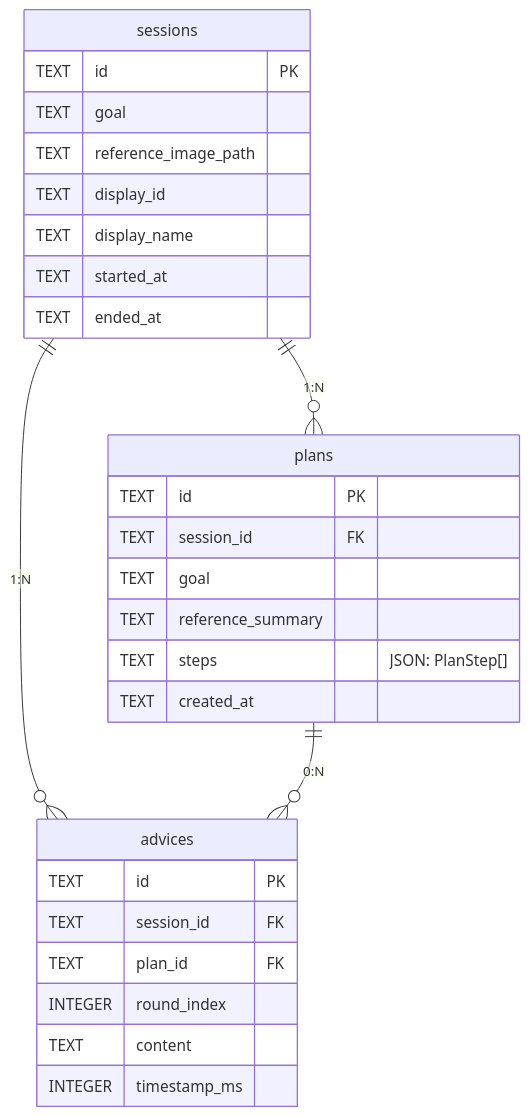
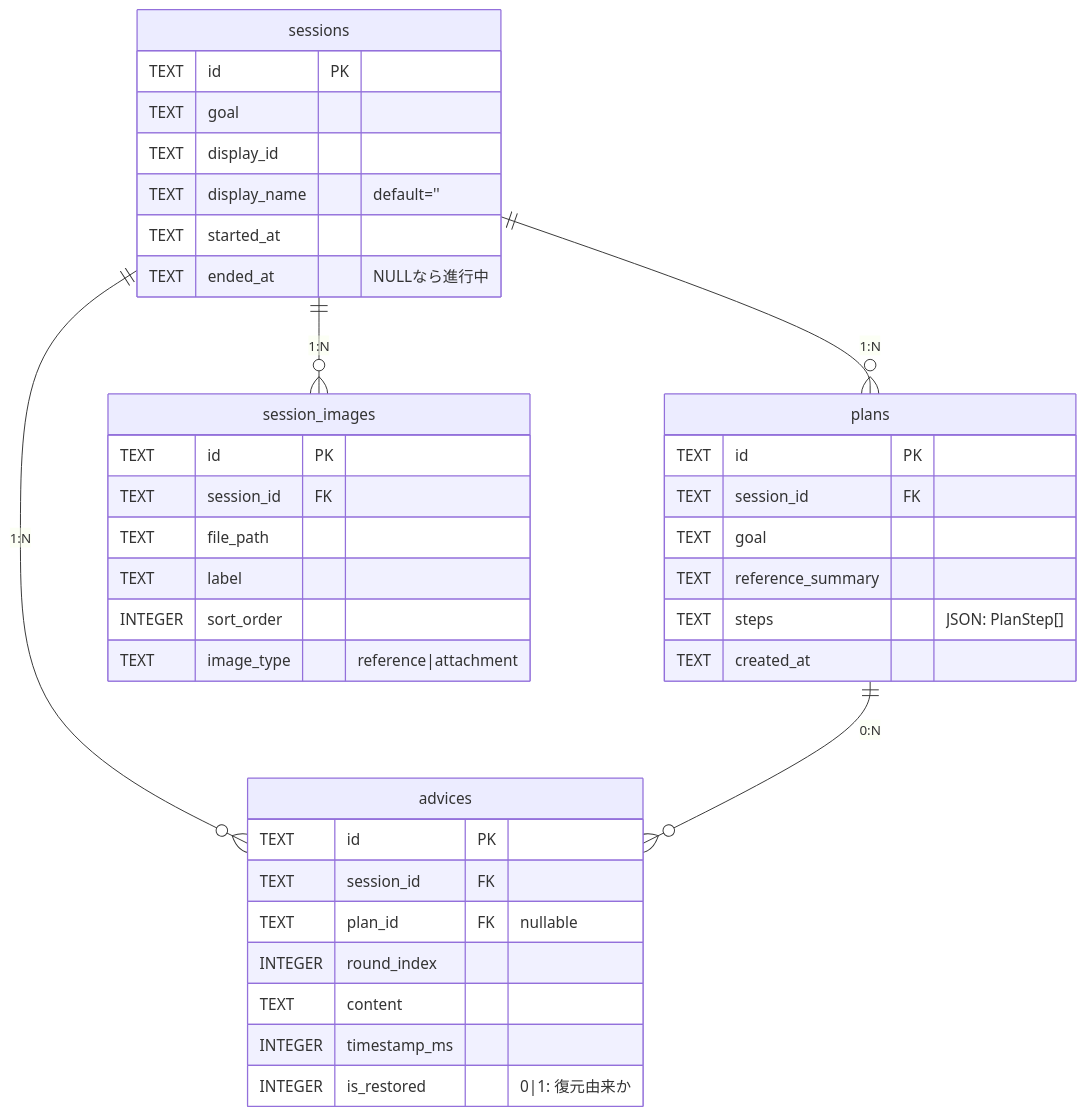
One commit to yukaorange/dcc_suport changed the seventh of 9 diagrams in packages/server/docs/reading-guide.md. Above: the diagram before and after it, drawn with Mermaid. The commit also changed other lines of this file and 12 other files, not shown here.

Commit message:
chore(docs): アーキテクチャ図の更新とIllustrator/Photoshopスキルの追加

````diff
--- a/packages/server/docs/reading-guide.md
+++ b/packages/server/docs/reading-guide.md
@@ -253,32 +271,41 @@
 ```mermaid
 erDiagram
     sessions {
         TEXT id PK
         TEXT goal
-        TEXT reference_image_path
         TEXT display_id
-        TEXT display_name
+        TEXT display_name "default=''"
         TEXT started_at
-        TEXT ended_at
+        TEXT ended_at "NULLなら進行中"
     }
     plans {
         TEXT id PK
         TEXT session_id FK
         TEXT goal
         TEXT reference_summary
         TEXT steps "JSON: PlanStep[]"
         TEXT created_at
     }
     advices {
         TEXT id PK
         TEXT session_id FK
-        TEXT plan_id FK
+        TEXT plan_id FK "nullable"
         INTEGER round_index
         TEXT content
         INTEGER timestamp_ms
+        INTEGER is_restored "0|1: 復元由来か"
+    }
+    session_images {
+        TEXT id PK
+        TEXT session_id FK
+        TEXT file_path
+        TEXT label
+        INTEGER sort_order
+        TEXT image_type "reference|attachment"
     }
 
     sessions ||--o{ plans : "1:N"
     sessions ||--o{ advices : "1:N"
+    sessions ||--o{ session_images : "1:N"
     plans ||--o{ advices : "0:N"
 ```
````
